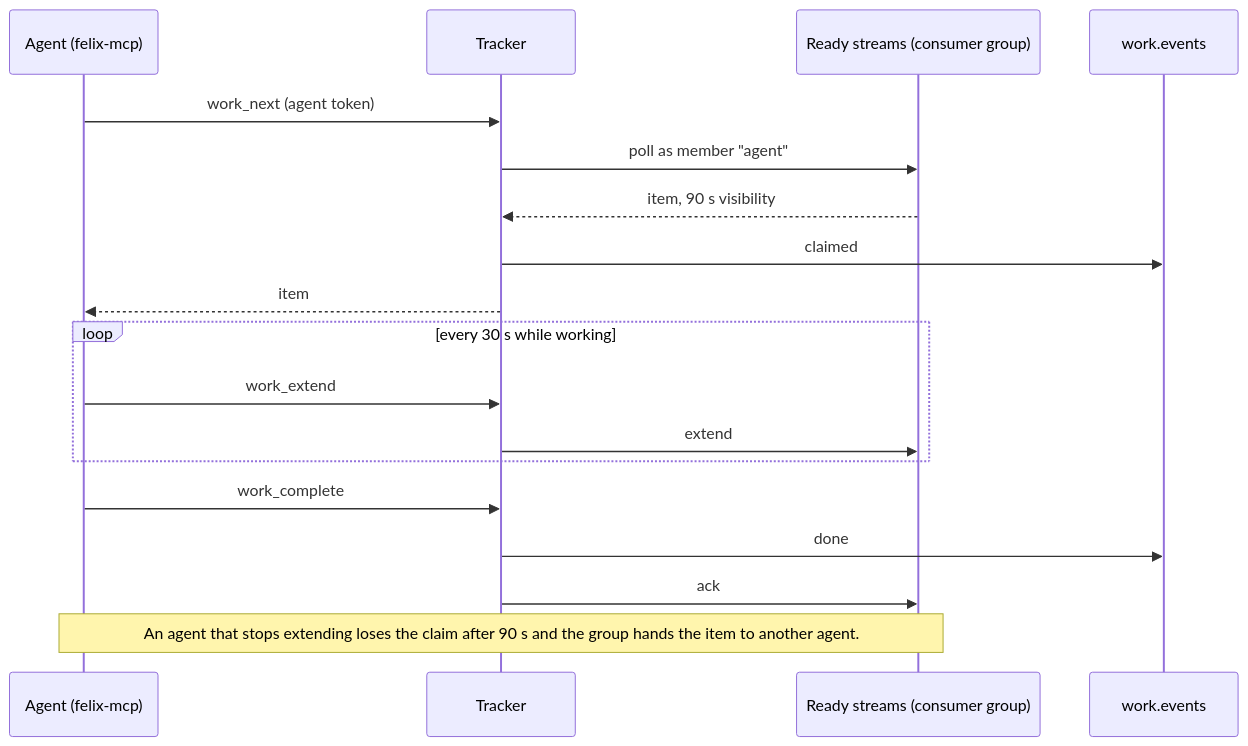
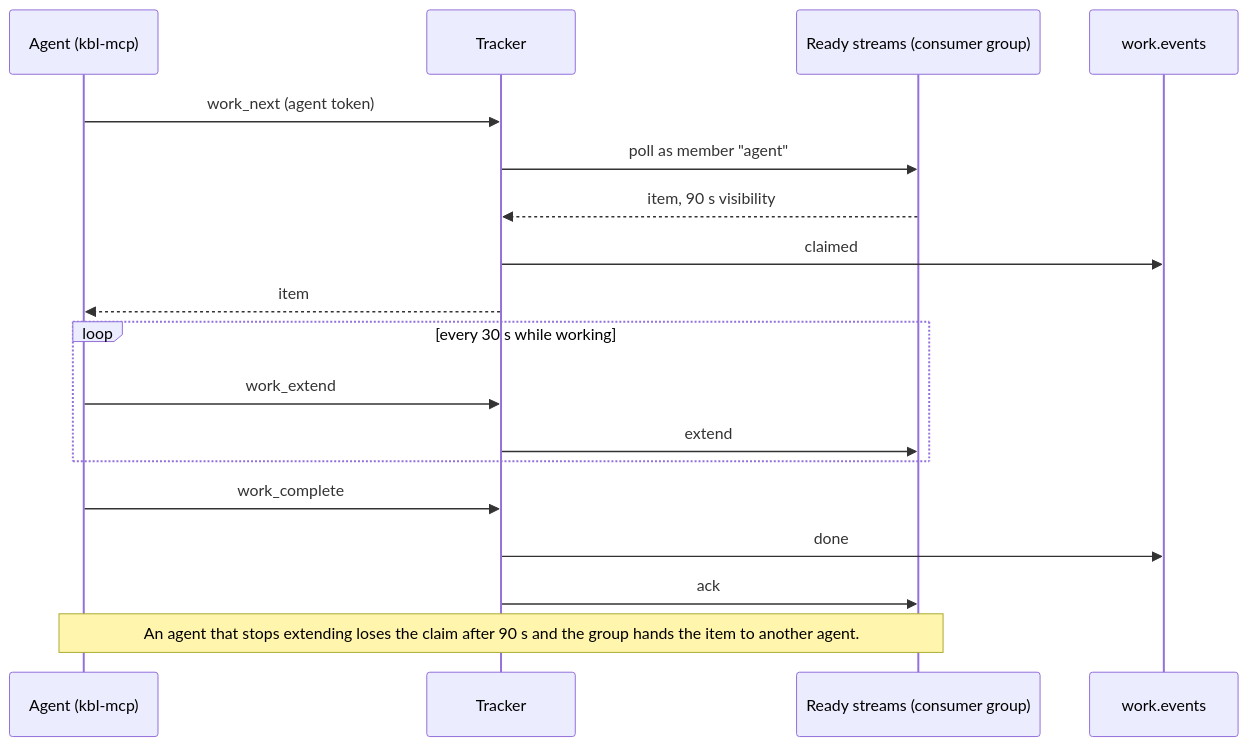
The second of 3 diagrams in docs/work-tracker.md (GetFelix/KBL), drawn with Mermaid before and after one commit. The commit also changed other lines of this file and 81 other files, not shown here.

````diff
--- a/docs/work-tracker.md
+++ b/docs/work-tracker.md
@@ -108,20 +108,20 @@
 ```mermaid
 sequenceDiagram
-    participant A as Agent (felix-mcp)
+    participant A as Agent (kbl-mcp)
     participant T as Tracker
     participant G as Ready streams (consumer group)
     participant L as work.events
     A->>T: work_next (agent token)
     T->>G: poll as member "agent"
     G-->>T: item, 90 s visibility
     T->>L: claimed
     T-->>A: item
     loop every 30 s while working
         A->>T: work_extend
         T->>G: extend
     end
     A->>T: work_complete
     T->>L: done
     T->>G: ack
     Note over A,G: An agent that stops extending loses the claim after 90 s and the group hands the item to another agent.
 ```
````
